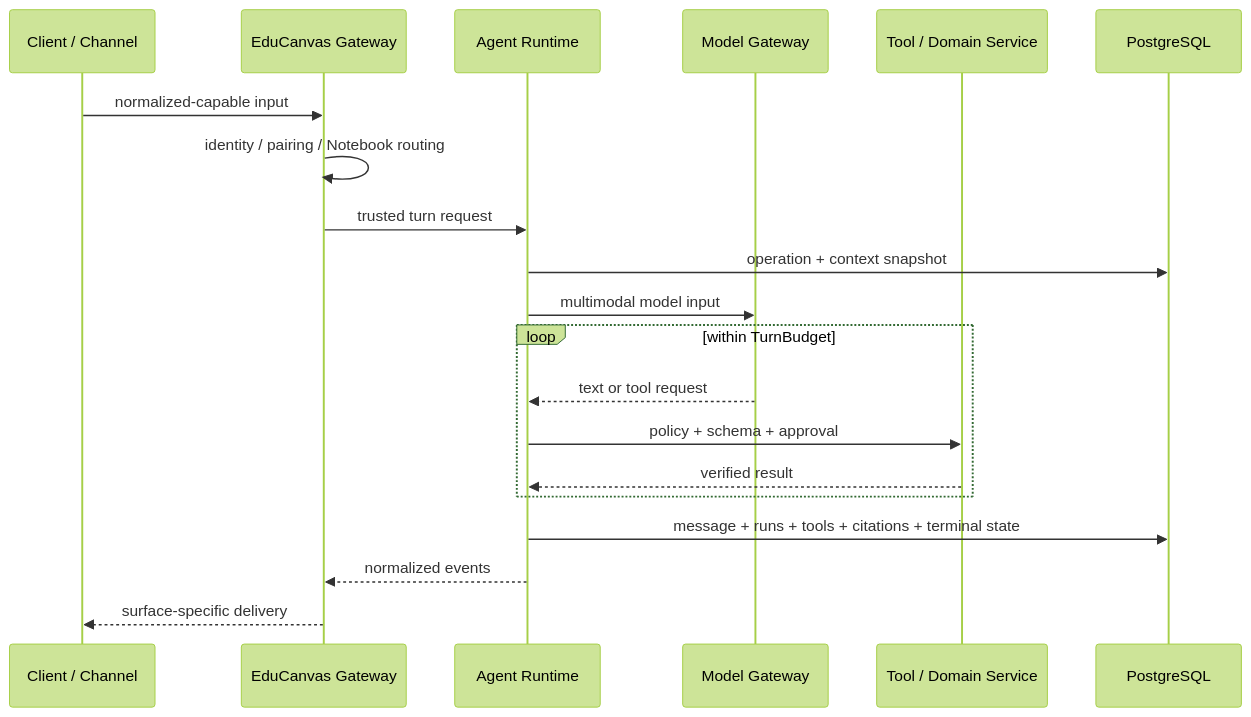
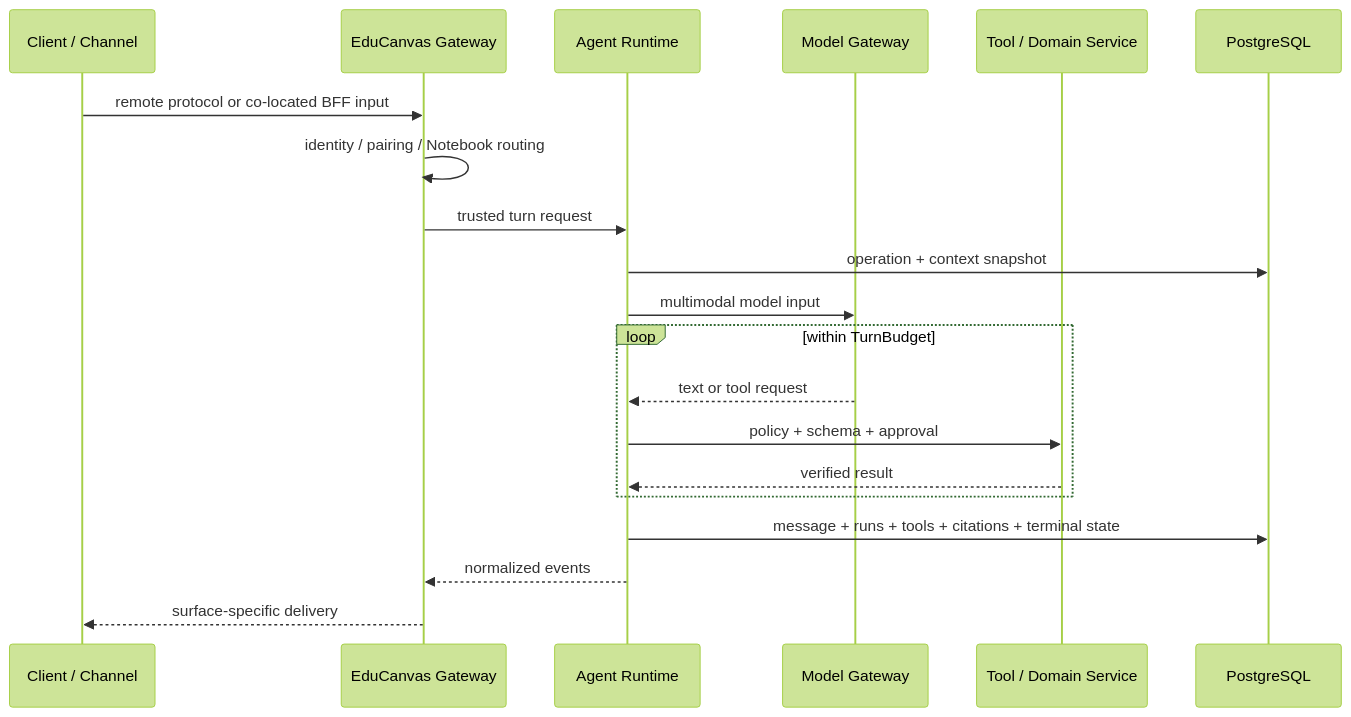
Before and after one commit to Timcai06/EduCanvas: the third of 4 diagrams in README.md, drawn with Mermaid (forest theme). The commit also changed other lines of this file and 21 other files, not shown here.

Commit message:
docs: clarify second generation architecture boundaries (#172)

````diff
--- a/README.md
+++ b/README.md
@@ -198,23 +198,23 @@
 ```mermaid
 sequenceDiagram
     participant U as Client / Channel
     participant G as EduCanvas Gateway
     participant R as Agent Runtime
     participant M as Model Gateway
     participant T as Tool / Domain Service
     participant D as PostgreSQL
 
-    U->>G: normalized-capable input
+    U->>G: remote protocol or co-located BFF input
     G->>G: identity / pairing / Notebook routing
     G->>R: trusted turn request
     R->>D: operation + context snapshot
     R->>M: multimodal model input
     loop within TurnBudget
         M-->>R: text or tool request
         R->>T: policy + schema + approval
         T-->>R: verified result
     end
     R->>D: message + runs + tools + citations + terminal state
     R-->>G: normalized events
     G-->>U: surface-specific delivery
 ```
````
